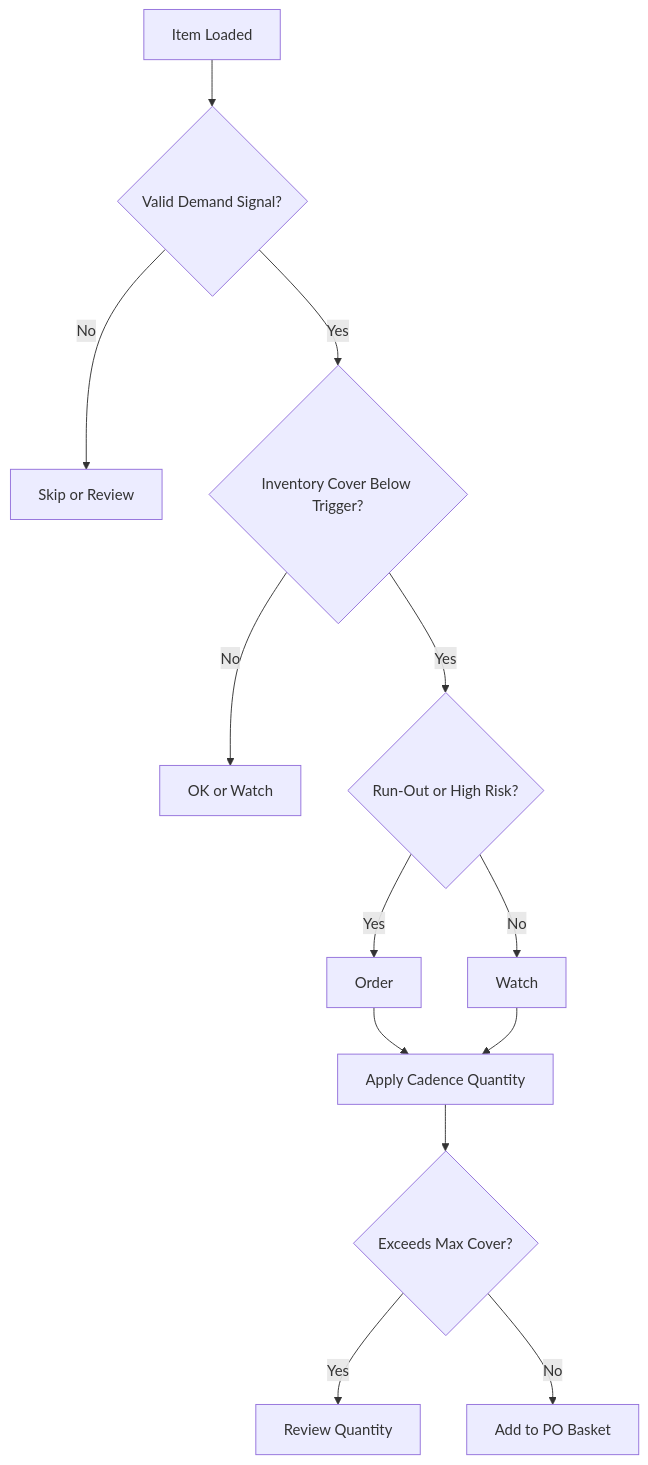
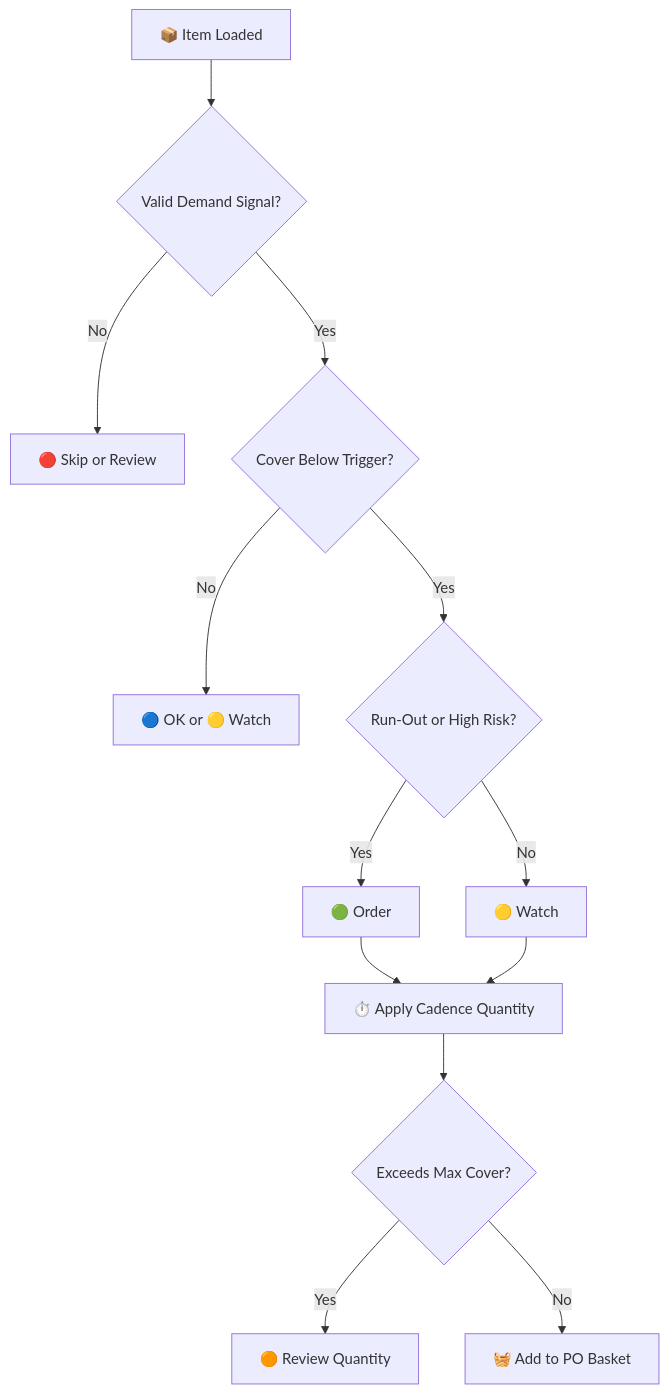
Before and after one commit to shahgem/PO-Decision-Engine: the first of 2 diagrams in README.md, drawn with Mermaid. The commit also changed other lines of this file, not shown here.

````diff
--- a/README.md
+++ b/README.md
@@ -321,15 +439,15 @@
 ```mermaid
 flowchart TD
-    A[Item Loaded] --> B{Valid Demand Signal?}
-    B -->|No| C[Skip or Review]
-    B -->|Yes| D{Inventory Cover Below Trigger?}
-    D -->|No| E[OK or Watch]
+    A[📦 Item Loaded] --> B{Valid Demand Signal?}
+    B -->|No| C[🔴 Skip or Review]
+    B -->|Yes| D{Cover Below Trigger?}
+    D -->|No| E[🔵 OK or 🟡 Watch]
     D -->|Yes| F{Run-Out or High Risk?}
-    F -->|Yes| G[Order]
-    F -->|No| H[Watch]
-    G --> I[Apply Cadence Quantity]
+    F -->|Yes| G[🟢 Order]
+    F -->|No| H[🟡 Watch]
+    G --> I[⏱️ Apply Cadence Quantity]
     H --> I
     I --> J{Exceeds Max Cover?}
-    J -->|Yes| K[Review Quantity]
-    J -->|No| L[Add to PO Basket]
+    J -->|Yes| K[🟠 Review Quantity]
+    J -->|No| L[🧺 Add to PO Basket]
 ```
````
